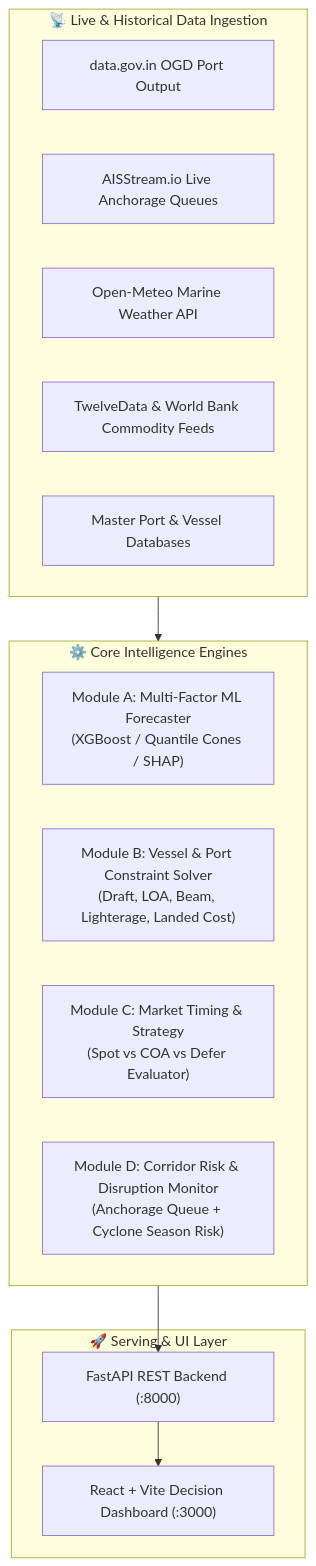
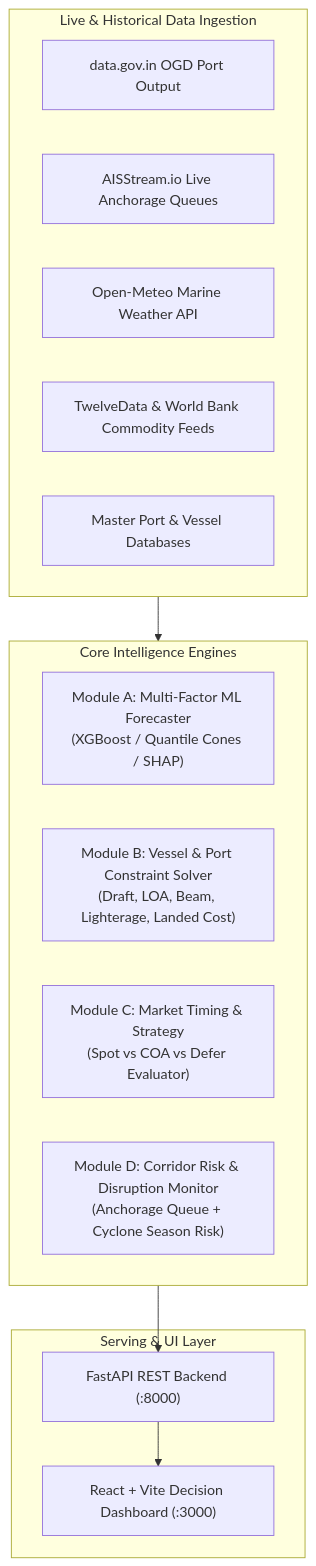
One commit to Farhan-25/SIH-2026 changed the diagram in README.md. Above: the diagram before and after it, drawn with Mermaid. The commit also changed other lines of this file and 26 other files, not shown here.

````diff
--- a/README.md
+++ b/README.md
@@ -37,26 +37,26 @@
 ```mermaid
 flowchart TD
-    subgraph Data_Layer ["📡 Live & Historical Data Ingestion"]
+    subgraph Data_Layer [" Live & Historical Data Ingestion"]
         D1[data.gov.in OGD Port Output]
         D2[AISStream.io Live Anchorage Queues]
         D3[Open-Meteo Marine Weather API]
         D4[TwelveData & World Bank Commodity Feeds]
         D5[Master Port & Vessel Databases]
     end
 
-    subgraph Core_Engines ["⚙️ Core Intelligence Engines"]
+    subgraph Core_Engines [" Core Intelligence Engines"]
         M1["Module A: Multi-Factor ML Forecaster<br/>(XGBoost / Quantile Cones / SHAP)"]
         M2["Module B: Vessel & Port Constraint Solver<br/>(Draft, LOA, Beam, Lighterage, Landed Cost)"]
         M3["Module C: Market Timing & Strategy<br/>(Spot vs COA vs Defer Evaluator)"]
         M4["Module D: Corridor Risk & Disruption Monitor<br/>(Anchorage Queue + Cyclone Season Risk)"]
     end
 
-    subgraph Serving_Layer ["🚀 Serving & UI Layer"]
+    subgraph Serving_Layer [" Serving & UI Layer"]
         API["FastAPI REST Backend (:8000)"]
         UI["React + Vite Decision Dashboard (:3000)"]
     end
 
     Data_Layer --> Core_Engines
     Core_Engines --> API
     API --> UI
 ```
````
